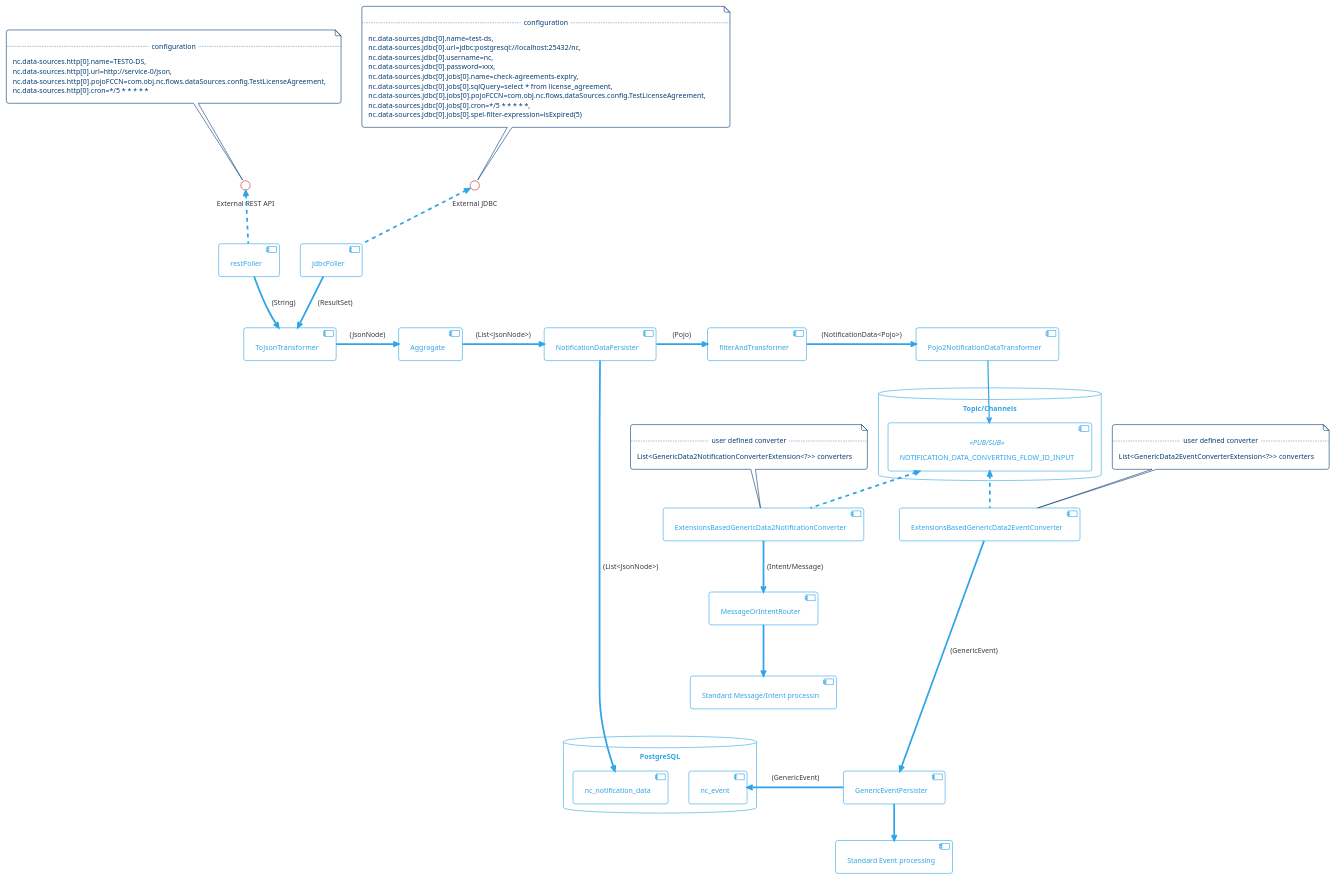
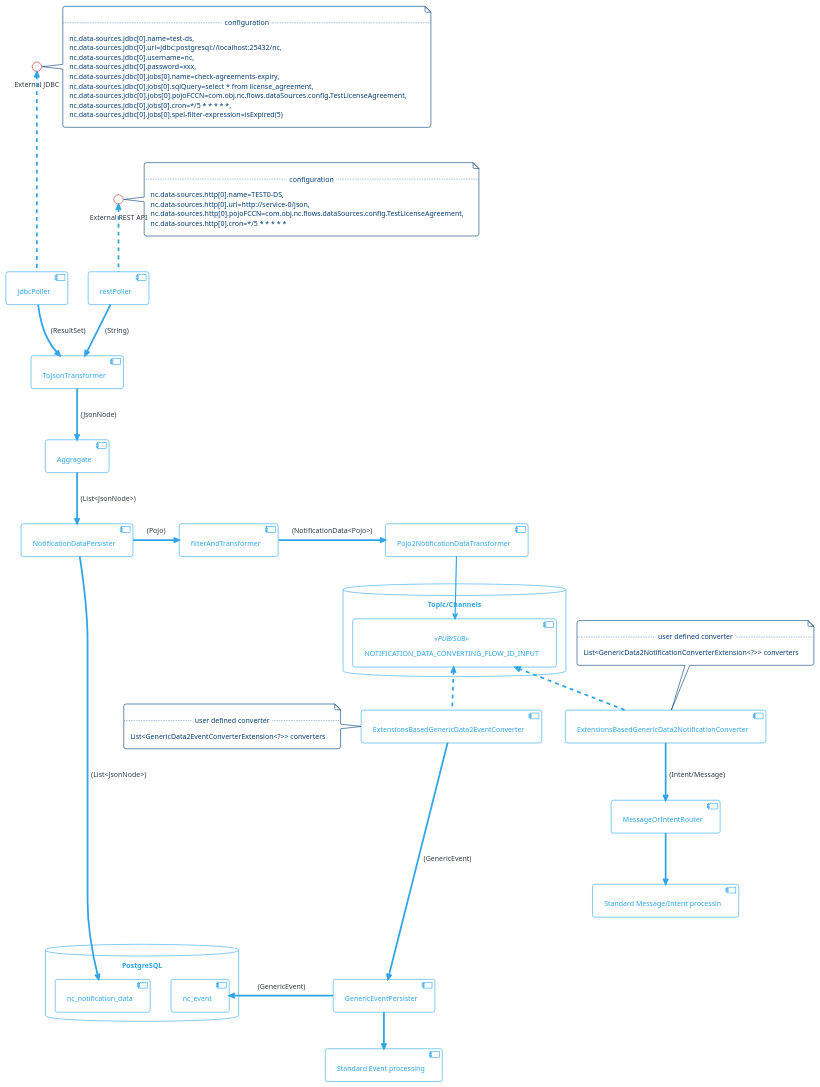
Before and after one commit to com-obj/notiflow: the diagram in docs/diagrams/src/data-source-pulling-flow.puml, drawn with PlantUML. The commit also changed 10 other files, not shown here.

```diff
--- a/docs/diagrams/src/data-source-pulling-flow.puml
+++ b/docs/diagrams/src/data-source-pulling-flow.puml
@@ -1,75 +1,75 @@
 @startuml
 
 !theme cerulean-outline
 
 skinparam backgroundcolor White
 skinparam component {
     backgroundColor<<user defined>> LightGray
 }
 
 database "PostgreSQL" {
     [nc_notification_data]
     [nc_event]
 
 }
 
 database "Topic/Channels" {
     [NOTIFICATION_DATA_CONVERTING_FLOW_ID_INPUT]<<PUB/SUB>> 
 }
 
 Interface "External REST API" as extRESTApi
 Interface "External JDBC" as extJDBCApi
 
- note top of extRESTApi 
+ note right of extRESTApi 
     ..configuration..
     nc.data-sources.http[0].name=TEST0-DS,
     nc.data-sources.http[0].url=http://service-0/json,
     nc.data-sources.http[0].pojoFCCN=com.obj.nc.flows.dataSources.config.TestLicenseAgreement,
     nc.data-sources.http[0].cron=*/5 * * * * *
 end note  
 
-note top of extJDBCApi
+note right of extJDBCApi
     ..configuration..
     nc.data-sources.jdbc[0].name=test-ds,
     nc.data-sources.jdbc[0].url=jdbc:postgresql://localhost:25432/nc,
     nc.data-sources.jdbc[0].username=nc,
     nc.data-sources.jdbc[0].password=xxx,
     nc.data-sources.jdbc[0].jobs[0].name=check-agreements-expiry,
     nc.data-sources.jdbc[0].jobs[0].sqlQuery=select * from license_agreement,  
     nc.data-sources.jdbc[0].jobs[0].pojoFCCN=com.obj.nc.flows.dataSources.config.TestLicenseAgreement,     
     nc.data-sources.jdbc[0].jobs[0].cron=*/5 * * * * *,
     nc.data-sources.jdbc[0].jobs[0].spel-filter-expression=isExpired(5)
 end note  
 
 [restPoller] .u.> extRESTApi
-[jdbcPoller] .u.> extJDBCApi
+[jdbcPoller] .u..> extJDBCApi
 
 [jdbcPoller] --> [ToJsonTransformer] : (ResultSet)
 [restPoller] --> [ToJsonTransformer] : (String)
-[ToJsonTransformer] -> [Aggragate] : (JsonNode)
-[Aggragate] -> [NotificationDataPersister] : (List<JsonNode>)
+[ToJsonTransformer] --> [Aggragate] : (JsonNode)
+[Aggragate] --> [NotificationDataPersister] : (List<JsonNode>)
 [NotificationDataPersister] -d-> nc_notification_data : (List<JsonNode>)
 [NotificationDataPersister] -> [filterAndTransformer] : (Pojo)
 [filterAndTransformer] -> [Pojo2NotificationDataTransformer] : (NotificationData<Pojo>)
 [Pojo2NotificationDataTransformer] -d=> [NOTIFICATION_DATA_CONVERTING_FLOW_ID_INPUT]
 
 [ExtensionsBasedGenericData2EventConverter] .u.> [NOTIFICATION_DATA_CONVERTING_FLOW_ID_INPUT]
 [ExtensionsBasedGenericData2NotificationConverter] .u.> [NOTIFICATION_DATA_CONVERTING_FLOW_ID_INPUT]
 
-note top of ExtensionsBasedGenericData2EventConverter
+note left of ExtensionsBasedGenericData2EventConverter
     ..user defined converter..
     List<GenericData2EventConverterExtension<?>> converters
 end note 
 
 note top of ExtensionsBasedGenericData2NotificationConverter
     ..user defined converter..
     List<GenericData2NotificationConverterExtension<?>> converters
 end note 
 
 [ExtensionsBasedGenericData2EventConverter] ----> [GenericEventPersister]: (GenericEvent)
 [ExtensionsBasedGenericData2NotificationConverter] --> [MessageOrIntentRouter]: (Intent/Message)
 [GenericEventPersister] --> [Standard Event processing]
 [GenericEventPersister] -> [nc_event]: (GenericEvent)
 [MessageOrIntentRouter] --> [Standard Message/Intent processin]
 
 @enduml
```
